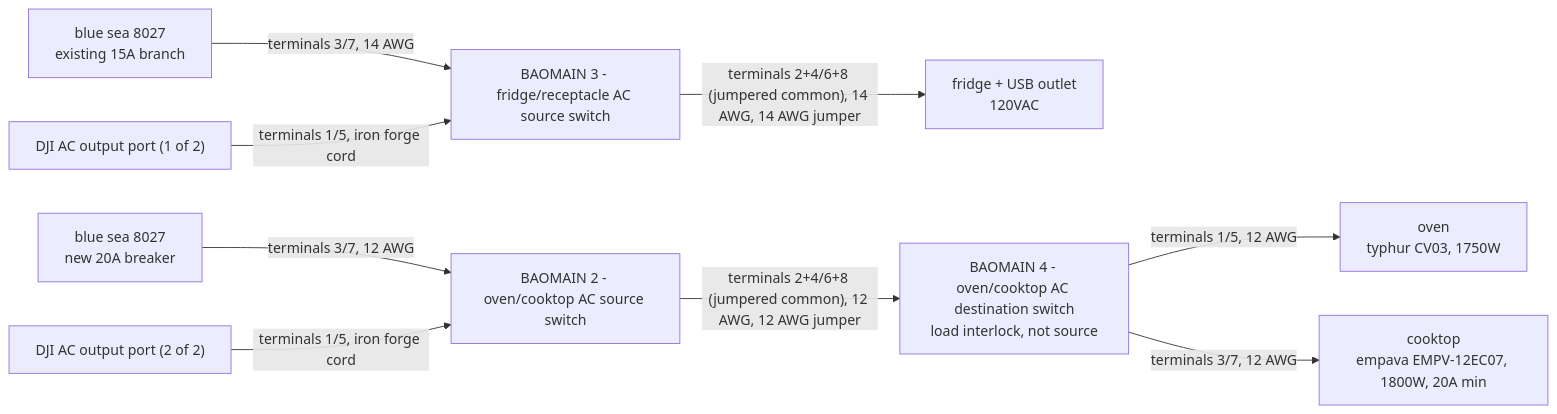
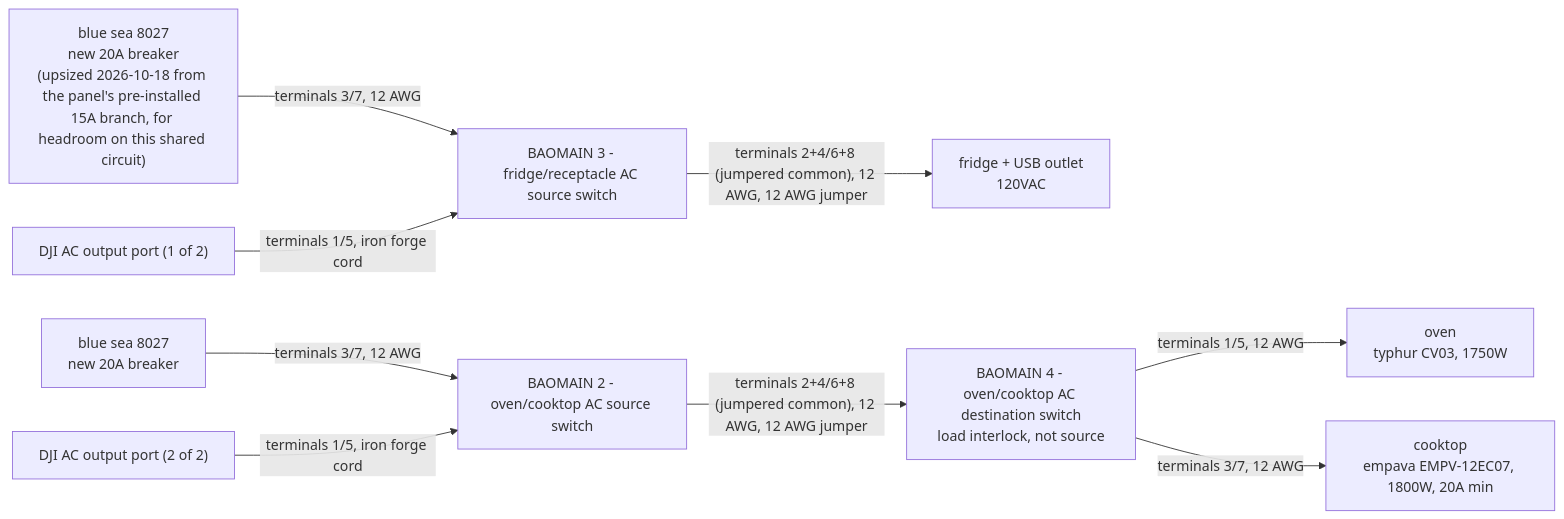
The fourth of 6 diagrams in electrical/PLAN.md (timit/vandalia), drawn with Mermaid before and after one commit. The commit also changed other lines of this file and 1 other file, not shown here.

First line of the commit message:
upsize the fridge+USB circuit from 15A to 20A

````diff
--- a/electrical/PLAN.md
+++ b/electrical/PLAN.md
@@ -191,11 +191,11 @@
 ```mermaid
 flowchart LR
-  p8027a["blue sea 8027<br/>existing 15A branch"] -->|"terminals 3/7, 14 AWG"| b1["BAOMAIN 3 - fridge/receptacle AC source switch"]
+  p8027a["blue sea 8027<br/>new 20A breaker<br/>(upsized 2026-10-18 from the panel's pre-installed 15A branch, for headroom on this shared circuit)"] -->|"terminals 3/7, 12 AWG"| b1["BAOMAIN 3 - fridge/receptacle AC source switch"]
   djiout1["DJI AC output port (1 of 2)"] -->|"terminals 1/5, iron forge cord"| b1
-  b1 -->|"terminals 2+4/6+8 (jumpered common), 14 AWG, 14 AWG jumper"| kfu["fridge + USB outlet<br/>120VAC"]
+  b1 -->|"terminals 2+4/6+8 (jumpered common), 12 AWG, 12 AWG jumper"| kfu["fridge + USB outlet<br/>120VAC"]
   p8027b["blue sea 8027<br/>new 20A breaker"] -->|"terminals 3/7, 12 AWG"| b2["BAOMAIN 2 - oven/cooktop AC source switch"]
   djiout2b["DJI AC output port (2 of 2)"] -->|"terminals 1/5, iron forge cord"| b2
   b2 -->|"terminals 2+4/6+8 (jumpered common), 12 AWG, 12 AWG jumper"| b4["BAOMAIN 4 - oven/cooktop AC destination switch<br/>load interlock, not source"]
   b4 -->|"terminals 1/5, 12 AWG"| oven["oven<br/>typhur CV03, 1750W"]
   b4 -->|"terminals 3/7, 12 AWG"| cooktop["cooktop<br/>empava EMPV-12EC07, 1800W, 20A min"]
 ```
````
